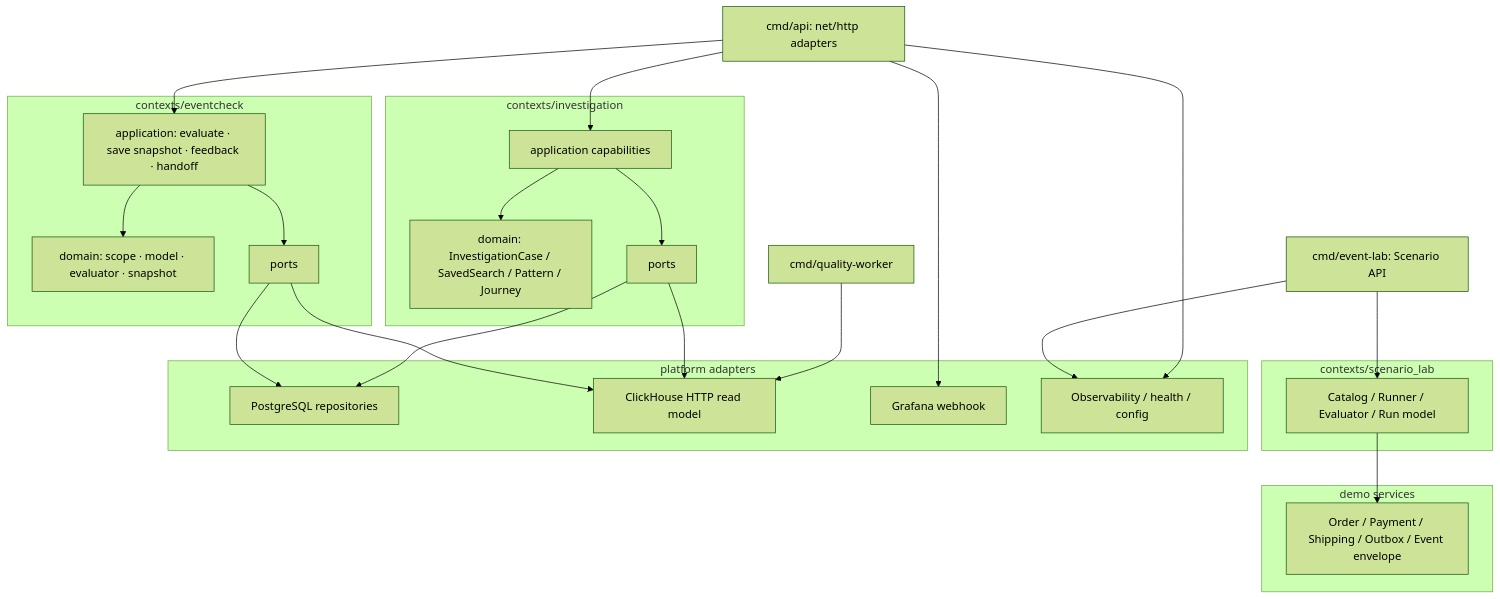
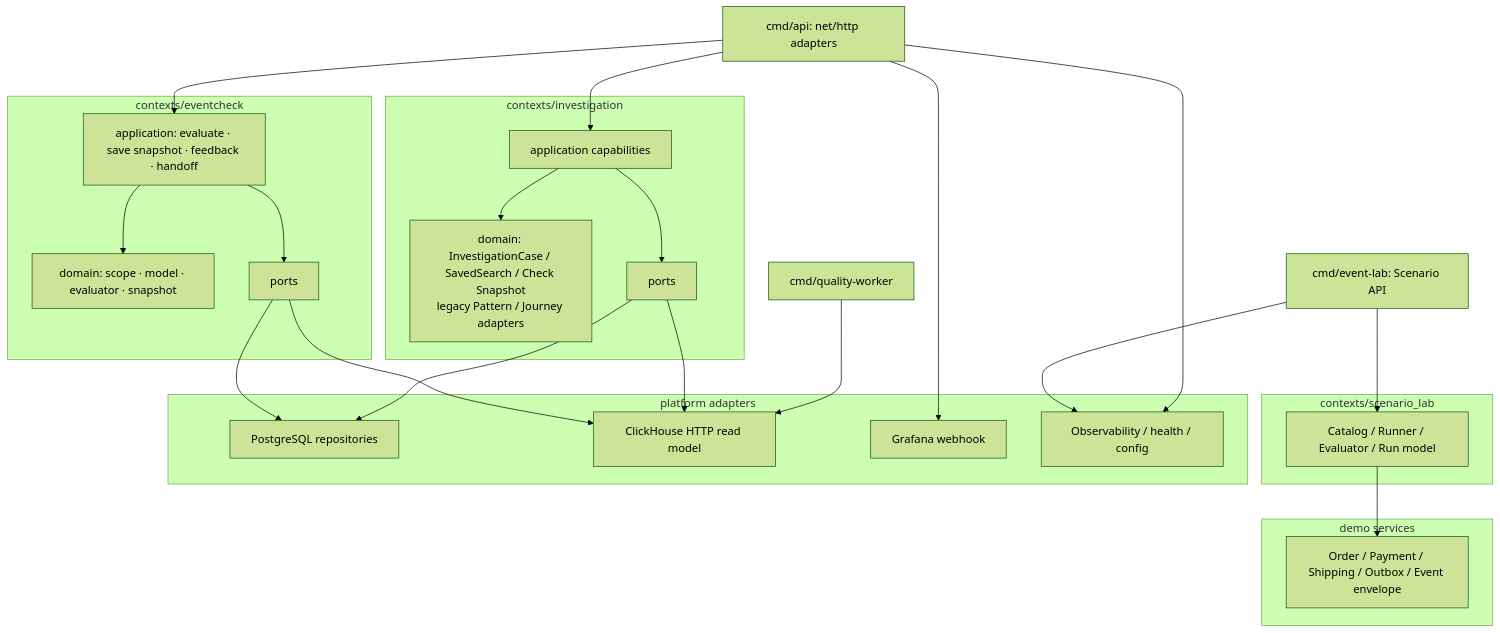
One commit to zhjiangexe/event-hunter changed the seventh of 7 diagrams in requirements/architecture/current-architecture.md. Above: the diagram before and after it, drawn with Mermaid (forest theme). The commit also changed other lines of this file and 40 other files, not shown here.

````diff
--- a/requirements/architecture/current-architecture.md
+++ b/requirements/architecture/current-architecture.md
@@ -294,50 +295,50 @@
 ```mermaid
 flowchart TB
     HTTP[cmd/api: net/http adapters]
     LabHTTP[cmd/event-lab: Scenario API]
     Worker[cmd/quality-worker]
 
     subgraph Investigation[contexts/investigation]
         App[application capabilities]
-        Domain[domain: InvestigationCase / SavedSearch / Pattern / Journey]
+        Domain[domain: InvestigationCase / SavedSearch / Check Snapshot<br/>legacy Pattern / Journey adapters]
         Ports[ports]
         App --> Domain
         App --> Ports
     end
 
     subgraph EventCheck[contexts/eventcheck]
         CheckApp[application: evaluate · save snapshot · feedback · handoff]
         CheckDomain[domain: scope · model · evaluator · snapshot]
         CheckPorts[ports]
         CheckApp --> CheckDomain
         CheckApp --> CheckPorts
     end
 
     subgraph Scenario[contexts/scenario_lab]
         ScenarioDomain[Catalog / Runner / Evaluator / Run model]
     end
 
     subgraph Platform[platform adapters]
         PGAdapter[PostgreSQL repositories]
         CHAdapter[ClickHouse HTTP read model]
         GrafanaAdapter[Grafana webhook]
         Obs[Observability / health / config]
     end
 
     subgraph DemoDomain[demo services]
         DemoEvent[Order / Payment / Shipping / Outbox / Event envelope]
     end
 
     HTTP --> App
     HTTP --> CheckApp
     HTTP --> GrafanaAdapter
     LabHTTP --> ScenarioDomain
     Worker --> CHAdapter
     Ports --> PGAdapter
     Ports --> CHAdapter
     CheckPorts --> PGAdapter
     CheckPorts --> CHAdapter
     HTTP --> Obs
     LabHTTP --> Obs
     ScenarioDomain --> DemoEvent
 ```
````
